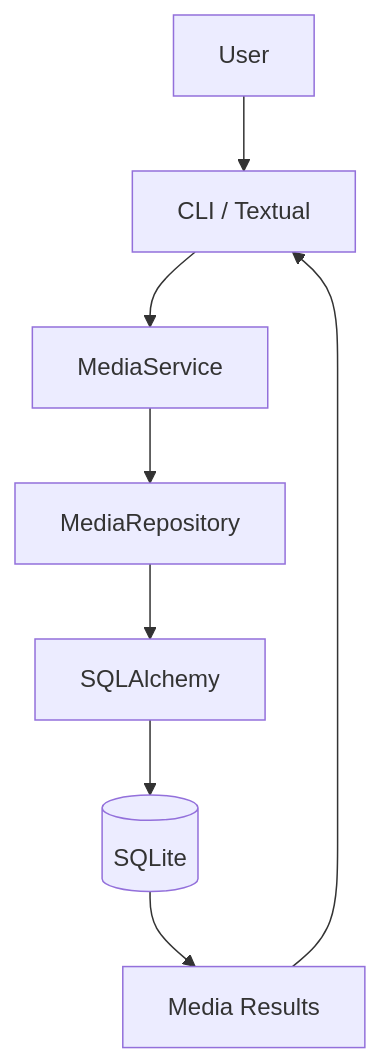
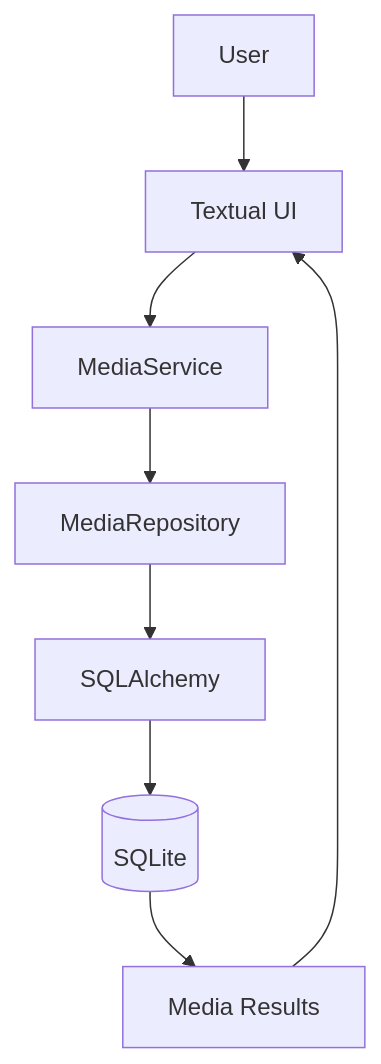
One commit to shaikalishamuskaan/MINI_PROJECT changed the fifth of 9 diagrams in DESIGN DOC.md. Above: the diagram before and after it, drawn with Mermaid. The commit also changed other lines of this file and 4 other files, not shown here.

````diff
--- a/DESIGN DOC.md
+++ b/DESIGN DOC.md
@@ -1214,10 +1216,10 @@
 ```mermaid
 flowchart TD
-    U["User"] --> UI["CLI / Textual"]
+    U["User"] --> UI["Textual UI"]
     UI --> S["MediaService"]
     S --> R["MediaRepository"]
     R --> ORM["SQLAlchemy"]
     ORM --> DB[("SQLite")]
     DB --> RESULTS["Media Results"]
     RESULTS --> UI
 ```
````
